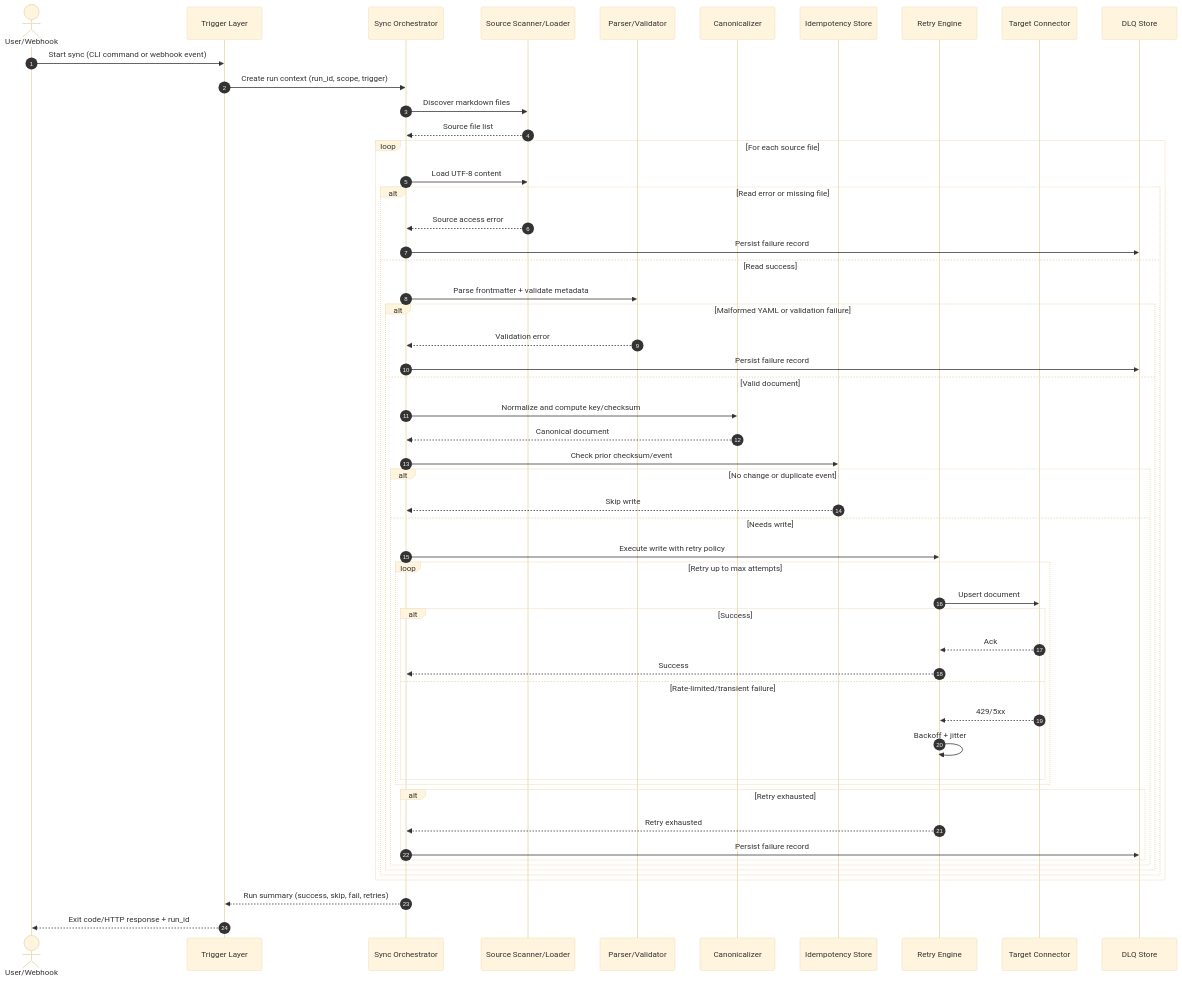
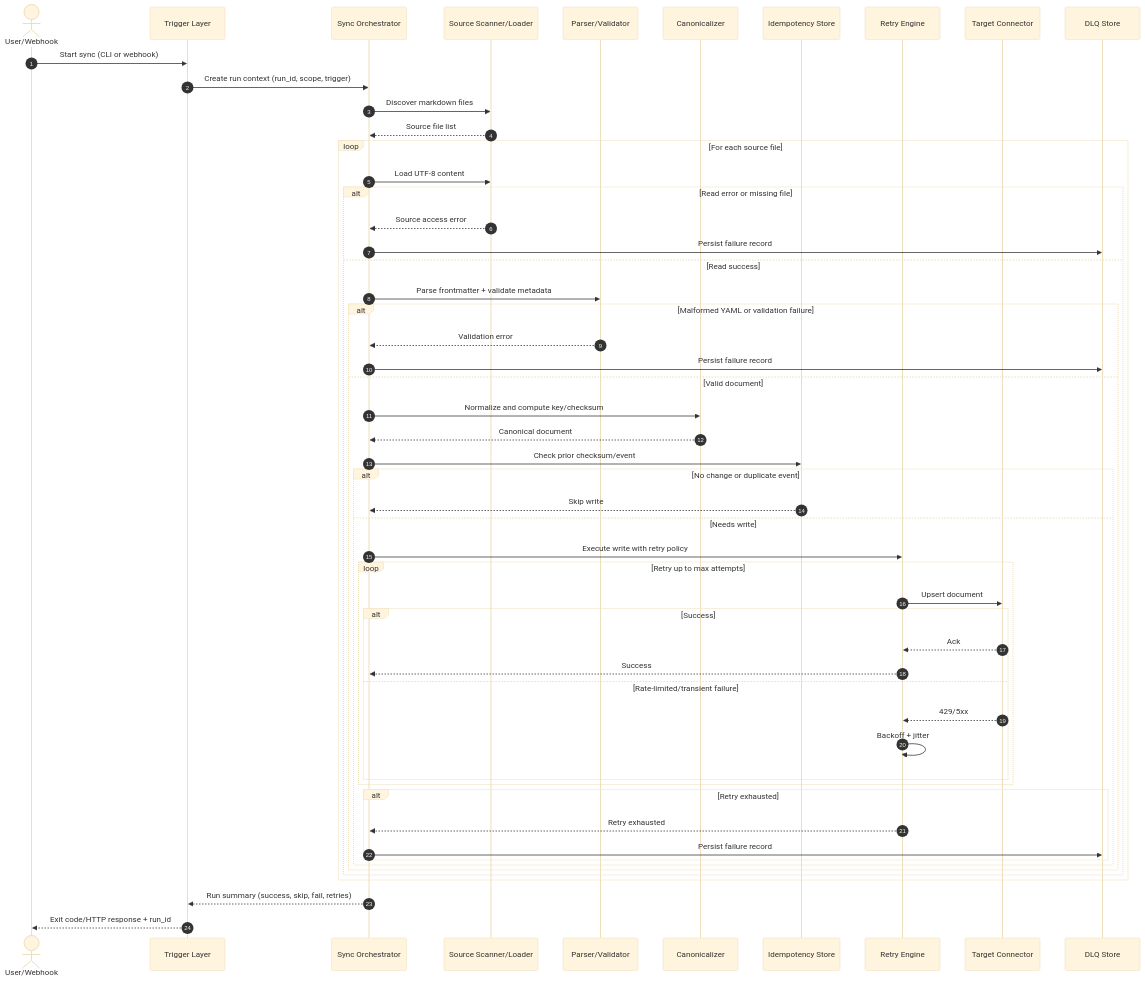
One commit to ruchikajoshi88-source/github-copilot-capstone changed the diagram in architecture.md. Above: the diagram before and after it, drawn with Mermaid (base theme). The commit also changed other lines of this file and 35 other files, not shown here.

````diff
--- a/architecture.md
+++ b/architecture.md
@@ -104,59 +133,59 @@
 ```mermaid
 sequenceDiagram
     autonumber
     actor U as User/Webhook
     participant T as Trigger Layer
     participant O as Sync Orchestrator
     participant S as Source Scanner/Loader
     participant P as Parser/Validator
     participant C as Canonicalizer
     participant I as Idempotency Store
     participant R as Retry Engine
     participant G as Target Connector
     participant D as DLQ Store
 
-    U->>T: Start sync (CLI command or webhook event)
+    U->>T: Start sync (CLI or webhook)
     T->>O: Create run context (run_id, scope, trigger)
     O->>S: Discover markdown files
     S-->>O: Source file list
 
     loop For each source file
         O->>S: Load UTF-8 content
         alt Read error or missing file
             S-->>O: Source access error
             O->>D: Persist failure record
         else Read success
             O->>P: Parse frontmatter + validate metadata
             alt Malformed YAML or validation failure
                 P-->>O: Validation error
                 O->>D: Persist failure record
             else Valid document
                 O->>C: Normalize and compute key/checksum
                 C-->>O: Canonical document
                 O->>I: Check prior checksum/event
                 alt No change or duplicate event
                     I-->>O: Skip write
                 else Needs write
                     O->>R: Execute write with retry policy
                     loop Retry up to max attempts
                         R->>G: Upsert document
                         alt Success
                             G-->>R: Ack
                             R-->>O: Success
                         else Rate-limited/transient failure
                             G-->>R: 429/5xx
                             R->>R: Backoff + jitter
                         end
                     end
                     alt Retry exhausted
                         R-->>O: Retry exhausted
                         O->>D: Persist failure record
                     end
                 end
             end
         end
     end
 
     O-->>T: Run summary (success, skip, fail, retries)
     T-->>U: Exit code/HTTP response + run_id
 ```
````
